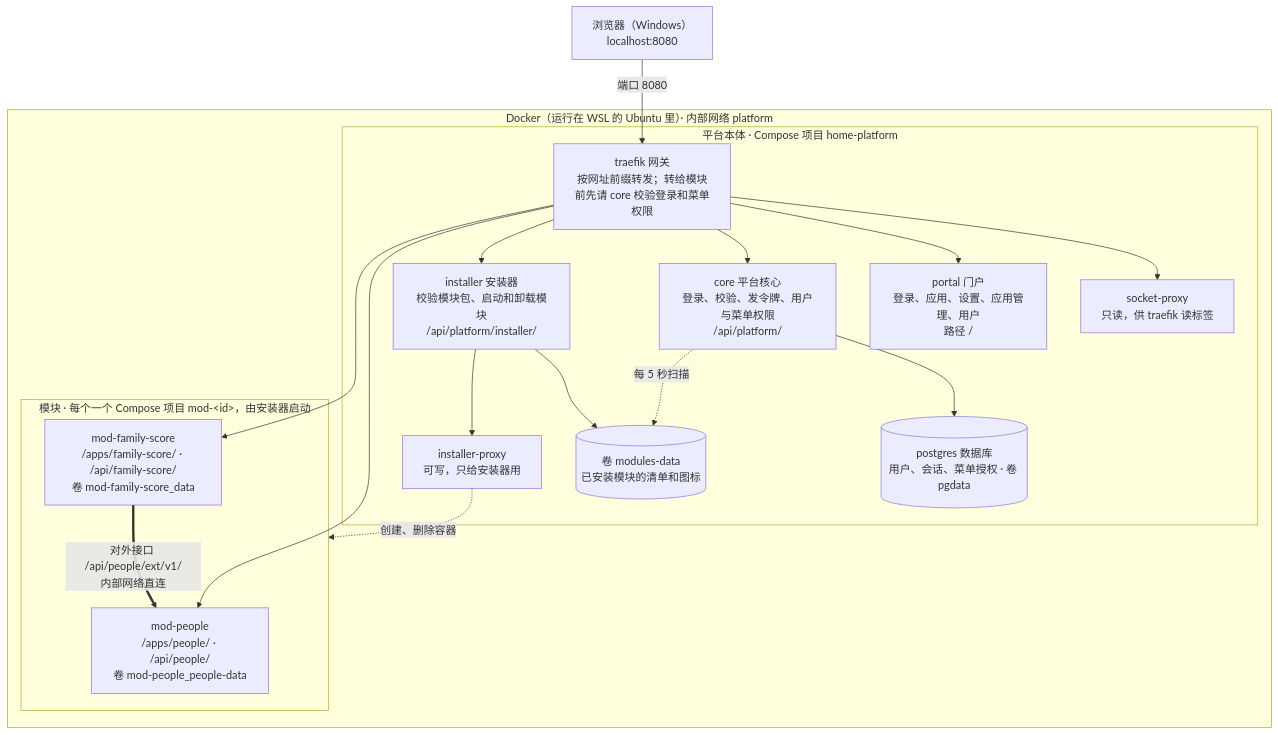
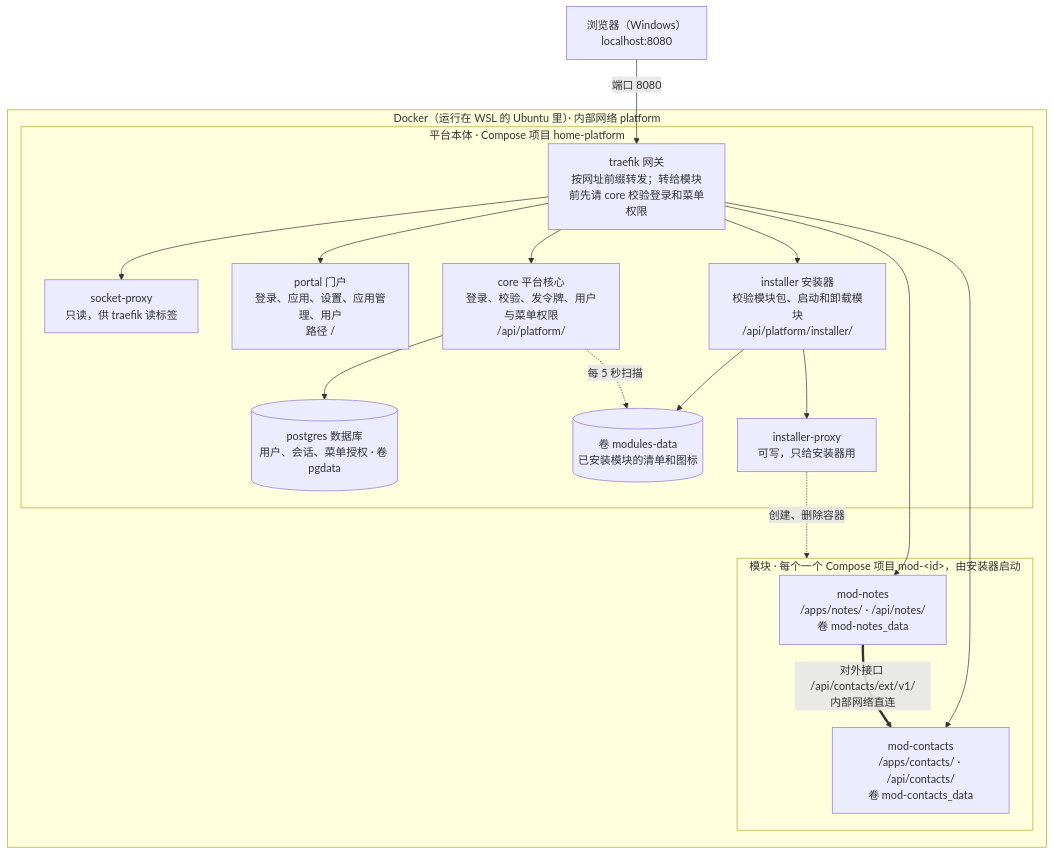
Before and after one commit to Beane-Big/vibebooth: the diagram in ARCHITECTURE.md, drawn with Mermaid. The commit also changed other lines of this file and 11 other files, not shown here.

````diff
--- a/ARCHITECTURE.md
+++ b/ARCHITECTURE.md
@@ -20,33 +20,33 @@
 ```mermaid
 flowchart TB
     browser["浏览器（Windows）<br/>localhost:8080"]
     subgraph docker["Docker（运行在 WSL 的 Ubuntu 里）· 内部网络 platform"]
         subgraph base["平台本体 · Compose 项目 home-platform"]
             traefik["traefik 网关<br/>按网址前缀转发；转给模块前先请 core 校验登录和菜单权限"]
             socket["socket-proxy<br/>只读，供 traefik 读标签"]
             portal["portal 门户<br/>登录、应用、设置、应用管理、用户<br/>路径 /"]
             core["core 平台核心<br/>登录、校验、发令牌、用户与菜单权限<br/>/api/platform/"]
             installer["installer 安装器<br/>校验模块包、启动和卸载模块<br/>/api/platform/installer/"]
             iproxy["installer-proxy<br/>可写，只给安装器用"]
             pg[("postgres 数据库<br/>用户、会话、菜单授权 · 卷 pgdata")]
             mods[("卷 modules-data<br/>已安装模块的清单和图标")]
         end
         subgraph modules["模块 · 每个一个 Compose 项目 mod-&lt;id&gt;，由安装器启动"]
-            people["mod-people<br/>/apps/people/ · /api/people/<br/>卷 mod-people_people-data"]
-            family["mod-family-score<br/>/apps/family-score/ · /api/family-score/<br/>卷 mod-family-score_data"]
+            notes["mod-notes<br/>/apps/notes/ · /api/notes/<br/>卷 mod-notes_data"]
+            contacts["mod-contacts<br/>/apps/contacts/ · /api/contacts/<br/>卷 mod-contacts_data"]
         end
     end
     browser -- "端口 8080" --> traefik
     traefik --> socket
     traefik --> portal
     traefik --> core
     traefik --> installer
-    traefik --> people
-    traefik --> family
+    traefik --> notes
+    traefik --> contacts
     core --> pg
     core -. "每 5 秒扫描" .-> mods
     installer --> mods
     installer --> iproxy
     iproxy -. "创建、删除容器" .-> modules
-    family == "对外接口 /api/people/ext/v1/<br/>内部网络直连" ==> people
+    notes == "对外接口 /api/contacts/ext/v1/<br/>内部网络直连" ==> contacts
 ```
````
